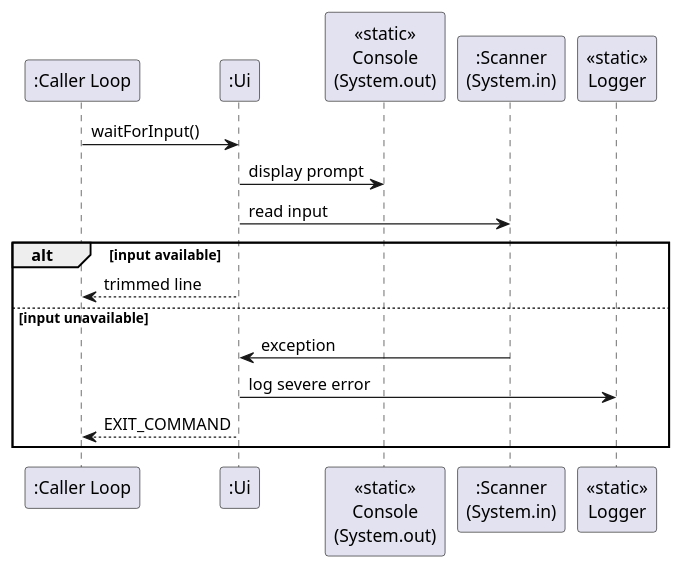
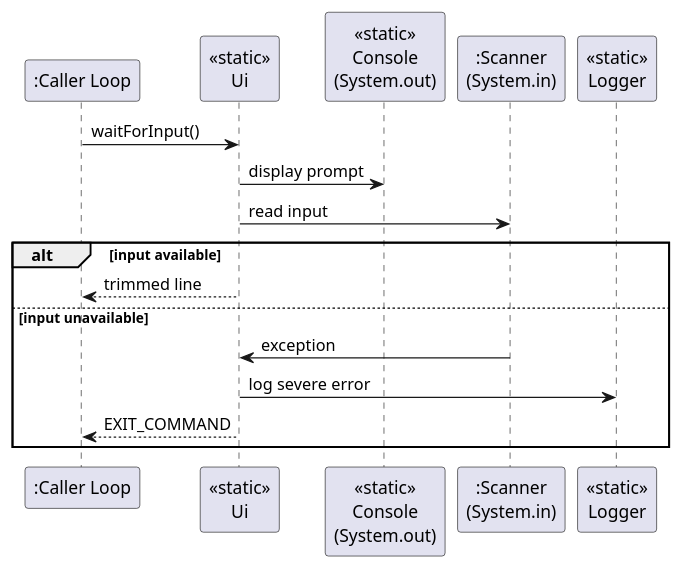
One commit to AY2526S1-CS2113-W12-4/tp changed the diagram in docs/diagrams/UiInputCycle.puml. Above: the diagram before and after it, drawn with PlantUML. The commit also changed 5 other files, not shown here.

Commit message:
Add Ui module class diagram and refine static stereotypes

```diff
--- a/docs/diagrams/UiInputCycle.puml
+++ b/docs/diagrams/UiInputCycle.puml
@@ -1,24 +1,25 @@
 @startuml UiInputCycle
+skinparam stereotypeFontStyle normal
 skinparam participant {
   BackgroundColor<<static>> #F2F2F2
   BorderColor<<static>> #666666
   FontStyle<<static>> bold
 }
 
 participant ":Caller Loop" as Caller
-participant ":Ui" as Ui
+participant "<<static>>\nUi" as Ui
 participant "<<static>>\nConsole\n(System.out)" as Console
 participant ":Scanner\n(System.in)" as Scanner
 participant "<<static>>\nLogger" as Logger
 
 Caller -> Ui : waitForInput()
 Ui -> Console : display prompt
 Ui -> Scanner : read input
 alt input available
     Ui --> Caller : trimmed line
 else input unavailable
     Ui <- Scanner : exception
     Ui -> Logger : log severe error
     Ui --> Caller : EXIT_COMMAND
 end
 @enduml
```
